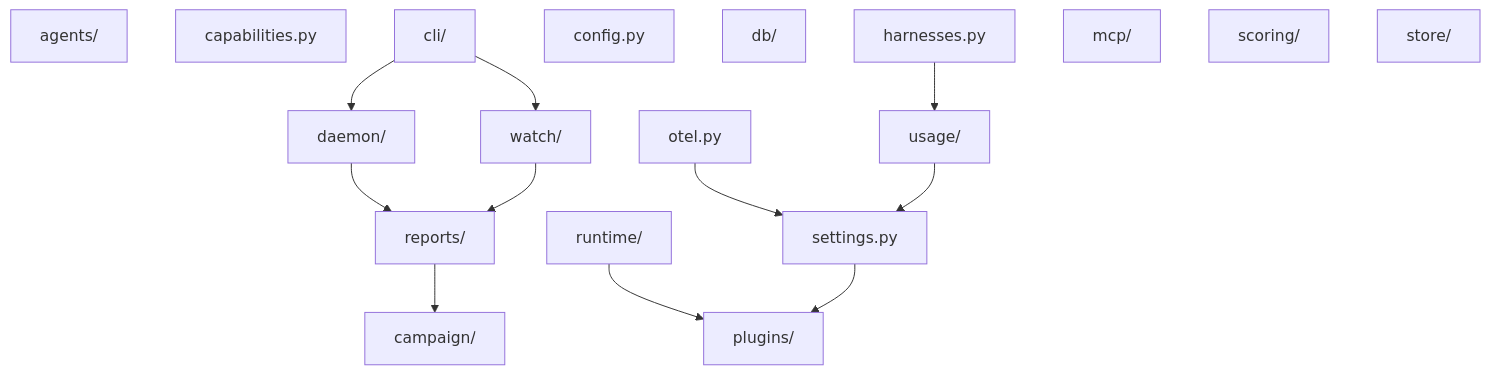
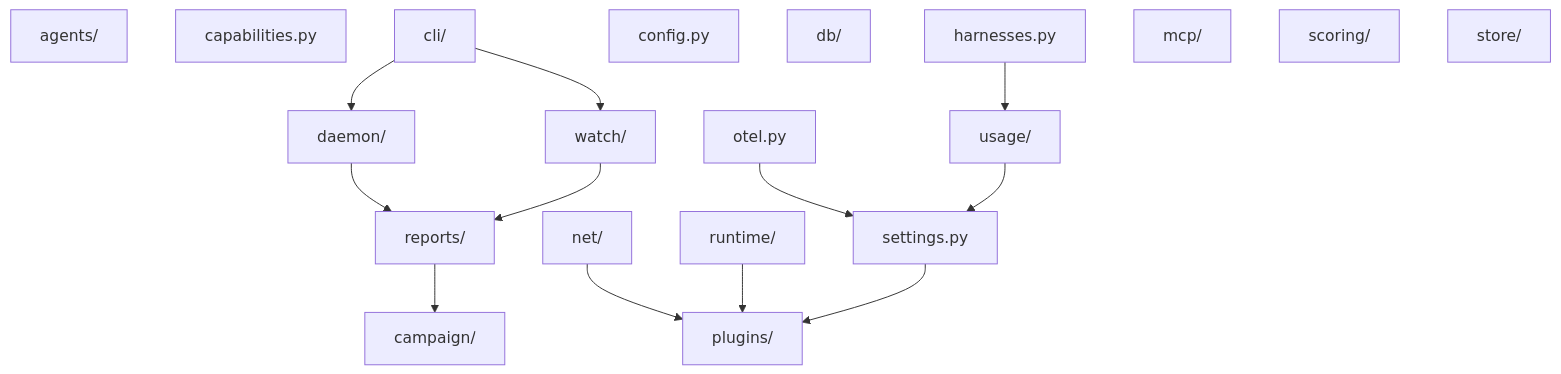
The diagram in docs/snippets/generated/imports.mdx (VatsaDev/piloop), drawn with Mermaid before and after one commit. The commit also changed other lines of this file and 42 other files, not shown here.

````diff
--- a/docs/snippets/generated/imports.mdx
+++ b/docs/snippets/generated/imports.mdx
@@ -3,31 +3,33 @@
 ```mermaid
 flowchart TB
     agents["agents/"]
     campaign["campaign/"]
     capabilities["capabilities.py"]
     cli["cli/"]
     config["config.py"]
     daemon["daemon/"]
     db["db/"]
     harnesses["harnesses.py"]
     mcp["mcp/"]
+    net["net/"]
     otel["otel.py"]
     plugins["plugins/"]
     reports["reports/"]
     runtime["runtime/"]
     scoring["scoring/"]
     settings["settings.py"]
     store["store/"]
     usage["usage/"]
     watch["watch/"]
     cli --> daemon
     cli --> watch
     daemon --> reports
     harnesses --> usage
+    net --> plugins
     otel --> settings
     reports --> campaign
     runtime --> plugins
     settings --> plugins
     usage --> settings
     watch --> reports
 ```
````
